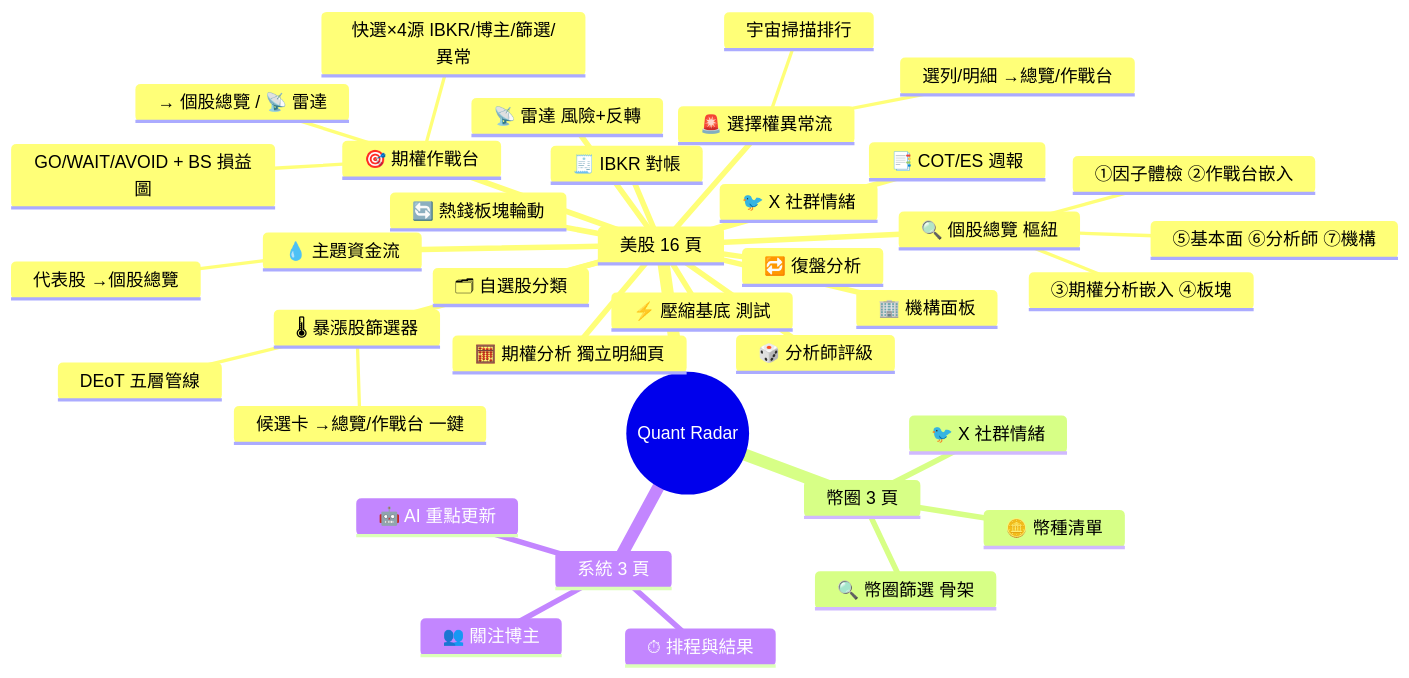
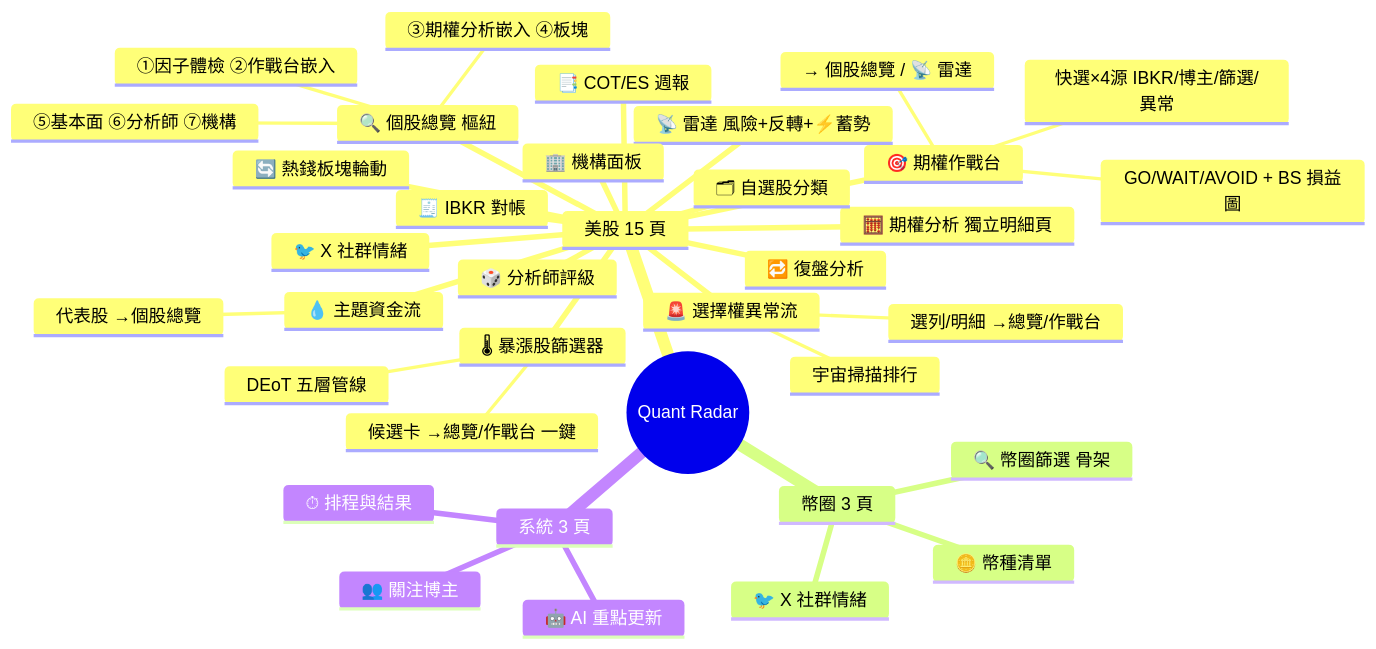
Before and after one commit to KennyHsiao/surge-screener: the first of 3 diagrams in docs/system_analysis_v2.md, drawn with Mermaid. The commit also changed other lines of this file and 4 other files, not shown here.

````diff
--- a/docs/system_analysis_v2.md
+++ b/docs/system_analysis_v2.md
@@ -67,40 +67,39 @@
 ```mermaid
 mindmap
   root((Quant Radar))
-    美股 16 頁
+    美股 15 頁
       🌡 暴漲股篩選器
         DEoT 五層管線
         候選卡 →總覽/作戰台 一鍵
       🔍 個股總覽 樞紐
         ①因子體檢 ②作戰台嵌入
         ③期權分析嵌入 ④板塊
         ⑤基本面 ⑥分析師 ⑦機構
       🎯 期權作戰台
         GO/WAIT/AVOID + BS 損益圖
         快選×4源 IBKR/博主/篩選/異常
         → 個股總覽 / 📡 雷達
       🧮 期權分析 獨立明細頁
       🚨 選擇權異常流
         宇宙掃描排行
         選列/明細 →總覽/作戰台
-      📡 雷達 風險+反轉
-      ⚡ 壓縮基底 測試
+      📡 雷達 風險+反轉+⚡蓄勢
       🔄 熱錢板塊輪動
       💧 主題資金流
         代表股 →個股總覽
       🔁 復盤分析
       🎲 分析師評級
       🏢 機構面板
       🧾 IBKR 對帳
       🗂 自選股分類
       📑 COT/ES 週報
       🐦 X 社群情緒
     幣圈 3 頁
       🪙 幣種清單
       🔍 幣圈篩選 骨架
       🐦 X 社群情緒
     系統 3 頁
       👥 關注博主
       ⏱ 排程與結果
       🤖 AI 重點更新
 ```
````
